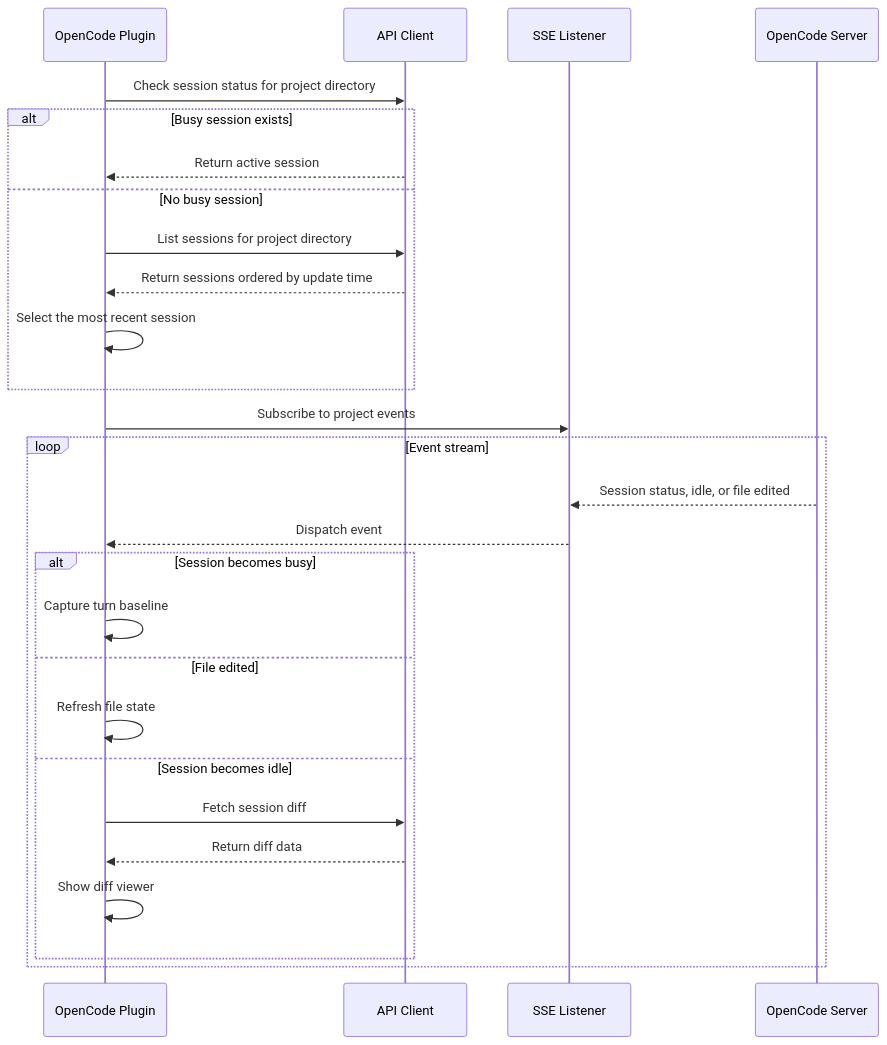
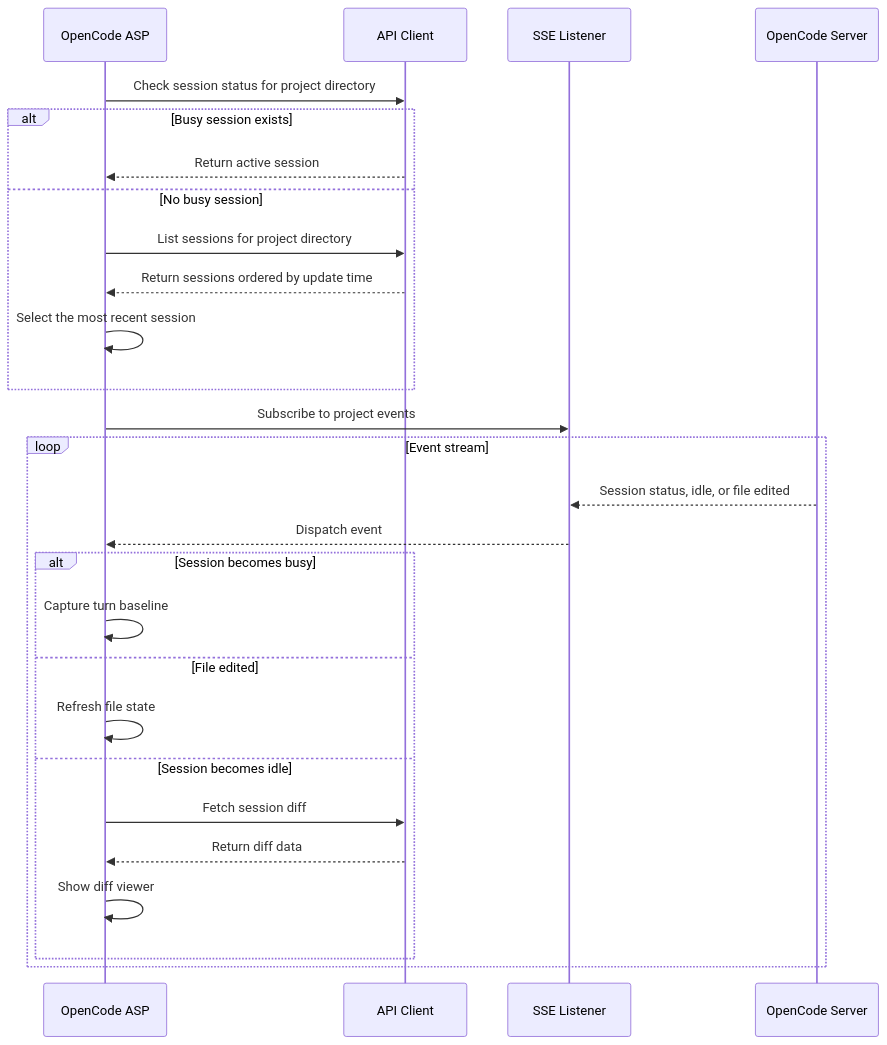
One commit to Inside4ndroid/OpenCode-Android-Studio-Plugin changed the diagram in designDocs/en/base_feature.plan.md. Above: the diagram before and after it, drawn with Mermaid. The commit also changed other lines of this file and 50 other files, not shown here.

First line of the commit message:
feat: Initial release of OpenCode ASP, the OpenCode Android Studio Plugin

````diff
--- a/designDocs/en/base_feature.plan.md
+++ b/designDocs/en/base_feature.plan.md
@@ -70,31 +70,31 @@
 ```mermaid
 sequenceDiagram
-    participant IDE as OpenCode Plugin
+    participant IDE as OpenCode ASP
     participant API as API Client
     participant SSE as SSE Listener
     participant Server as OpenCode Server
 
     IDE->>API: Check session status for project directory
     alt Busy session exists
         API-->>IDE: Return active session
     else No busy session
         IDE->>API: List sessions for project directory
         API-->>IDE: Return sessions ordered by update time
         IDE->>IDE: Select the most recent session
     end
 
     IDE->>SSE: Subscribe to project events
     loop Event stream
         Server-->>SSE: Session status, idle, or file edited
         SSE-->>IDE: Dispatch event
         alt Session becomes busy
             IDE->>IDE: Capture turn baseline
         else File edited
             IDE->>IDE: Refresh file state
         else Session becomes idle
             IDE->>API: Fetch session diff
             API-->>IDE: Return diff data
             IDE->>IDE: Show diff viewer
         end
     end
 ```
````
